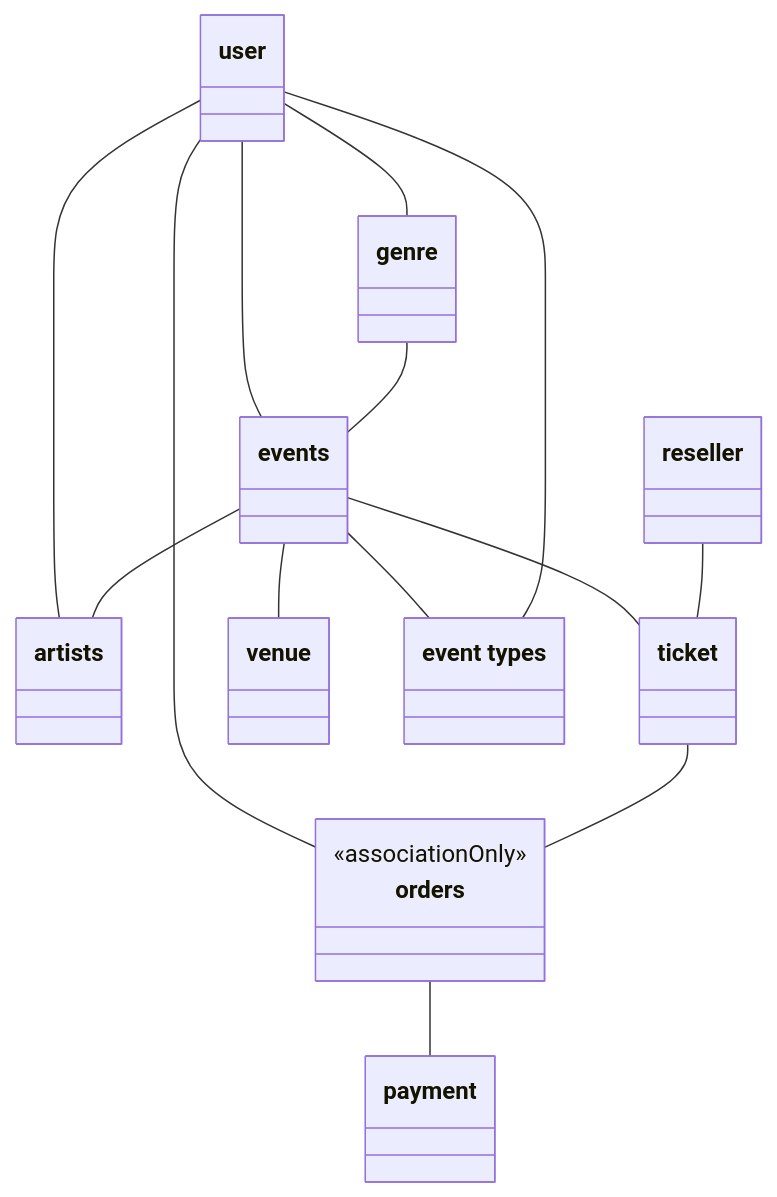
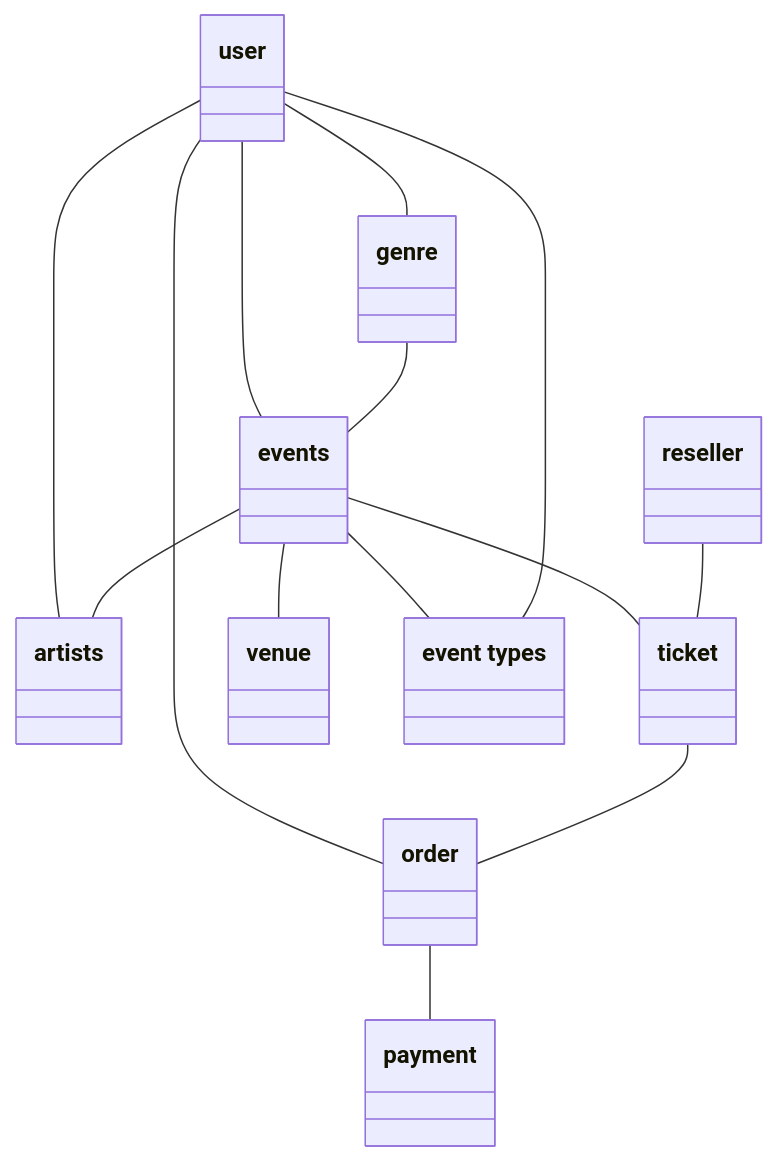
One commit to DomDeWulf/user-story-domain-model-datasets changed the diagram in 2_gold_standard_domain_models/ticket.mmd. Above: the diagram before and after it, drawn with Mermaid. The commit also changed 21 other files, not shown here.

Commit message:
Adapt domain models to revised gold and silver standard

```diff
--- a/2_gold_standard_domain_models/ticket.mmd
+++ b/2_gold_standard_domain_models/ticket.mmd
@@ -1,88 +1,84 @@
 classDiagram
     %% Project: Ticket
-    %% Class labels match Gold standard - Classes.xlsx exactly, including capitalization.
-    %% Singular/plural forms are assumed equivalent; every changed endpoint is documented below.
-    %% Every association preserves one row of Gold standard - Associations.xlsx, in workbook order.
-    %% associationOnly nodes have no matching class in the Classes Excel; exclude them from class evaluation.
+    %% Source: Gold&Silver Standard.xlsx, sheets 'Class - Gold Standard' (column I) and 'Association - Gold Standard' (columns Q:R).
+    %% Class labels match the revised class list exactly, including capitalization.
+    %% Class IDs and order follow the previous models; new classes are appended and removed classes leave ID gaps.
+    %% Workbook legend: red fill = removed, green fill = optional, blue text = added.
+    %% Removed classes and associations are omitted. Optional classes carry <<optional>>; optional associations use a dashed .. line.
+    %% Association endpoints are mapped to class labels; every changed endpoint is documented below.
     %% No direction, multiplicity, relationship labels, inheritance, attributes, or methods are inferred.
     class C001["user"]
     class C002["artists"]
     class C003["events"]
     class C004["ticket"]
     class C005["reseller"]
     class C006["payment"]
     class C007["venue"]
     class C008["genre"]
     class C009["event types"]
-    class C010["orders"]
-    <<associationOnly>> C010
+    class C010["order"]
 
-    %% Association (Classes Excel terms where available): user -- genre
-    %% Associations Excel (Sheet1!Q3:R3): user -- genre.
-    %% Wording differences: none.
+    %% Association: user -- genre
+    %% Workbook ('Association - Gold Standard'!Q3): user -- genr.
+    %% Mapping: "genr" -> "genre" (truncated stem).
     C001 -- C008
 
-    %% Association (Classes Excel terms where available): user -- event types
-    %% Associations Excel (Sheet1!Q4:R4): user -- event types.
-    %% Wording differences: none.
+    %% Association: user -- event types
+    %% Workbook ('Association - Gold Standard'!Q4): user -- event typ.
+    %% Mapping: "event typ" -> "event types" (truncated stem).
     C001 -- C009
 
-    %% Association (Classes Excel terms where available): orders -- user
-    %% Associations Excel (Sheet1!Q5:R5): orders -- user.
-    %% Wording differences: none.
-    %% Absent from Classes Excel: "orders" is associationOnly; no equivalent class identified; retained to preserve the source association.
+    %% Association: order -- user
+    %% Workbook ('Association - Gold Standard'!Q5): order -- user.
+    %% Mapping: none.
     C010 -- C001
 
-    %% Association (Classes Excel terms where available): ticket -- orders
-    %% Associations Excel (Sheet1!Q6:R6): ticket -- orders.
-    %% Wording differences: none.
-    %% Absent from Classes Excel: "orders" is associationOnly; no equivalent class identified; retained to preserve the source association.
+    %% Association: ticket -- order
+    %% Workbook ('Association - Gold Standard'!Q6): ticket -- order.
+    %% Mapping: none.
     C004 -- C010
 
-    %% Association (Classes Excel terms where available): orders -- payment
-    %% Associations Excel (Sheet1!Q7:R7): order -- payment.
-    %% Assumption: "order" -> "orders" (singular/plural forms are assumed interchangeable; neither form is in the Classes Excel; use the first source form orders as the shared associationOnly label).
-    %% Absent from Classes Excel: "orders" is associationOnly; no equivalent class identified; retained to preserve the source association.
+    %% Association: order -- payment
+    %% Workbook ('Association - Gold Standard'!Q7): order -- payment.
+    %% Mapping: none.
     C010 -- C006
 
-    %% Association (Classes Excel terms where available): events -- event types
-    %% Associations Excel (Sheet1!Q8:R8): event -- event types.
-    %% Assumption: "event" -> "events" (singular/plural forms are assumed interchangeable).
+    %% Association: events -- event types
+    %% Workbook ('Association - Gold Standard'!Q8): event -- event typ.
+    %% Mapping: "event" -> "events" (singular/plural); "event typ" -> "event types" (truncated stem).
     C003 -- C009
 
-    %% Association (Classes Excel terms where available): events -- venue
-    %% Associations Excel (Sheet1!Q9:R9): event -- venue.
-    %% Assumption: "event" -> "events" (singular/plural forms are assumed interchangeable).
+    %% Association: events -- venue
+    %% Workbook ('Association - Gold Standard'!Q9): event -- venu.
+    %% Mapping: "event" -> "events" (singular/plural); "venu" -> "venue" (truncated stem).
     C003 -- C007
 
-    %% Association (Classes Excel terms where available): events -- artists
-    %% Associations Excel (Sheet1!Q10:R10): event -- artist.
-    %% Assumption: "event" -> "events" (singular/plural forms are assumed interchangeable).
-    %% Assumption: "artist" -> "artists" (singular/plural forms are assumed interchangeable).
+    %% Association: events -- artists
+    %% Workbook ('Association - Gold Standard'!Q10): event -- artist.
+    %% Mapping: "event" -> "events" (singular/plural); "artist" -> "artists" (singular/plural).
     C003 -- C002
 
-    %% Association (Classes Excel terms where available): genre -- events
-    %% Associations Excel (Sheet1!Q11:R11): genre -- event.
-    %% Assumption: "event" -> "events" (singular/plural forms are assumed interchangeable).
+    %% Association: genre -- events
+    %% Workbook ('Association - Gold Standard'!Q11): genr -- event.
+    %% Mapping: "genr" -> "genre" (truncated stem); "event" -> "events" (singular/plural).
     C008 -- C003
 
-    %% Association (Classes Excel terms where available): artists -- user
-    %% Associations Excel (Sheet1!Q12:R12): artists -- user.
-    %% Wording differences: none.
+    %% Association: artists -- user
+    %% Workbook ('Association - Gold Standard'!Q12): artist -- user.
+    %% Mapping: "artist" -> "artists" (singular/plural).
     C002 -- C001
 
-    %% Association (Classes Excel terms where available): reseller -- ticket
-    %% Associations Excel (Sheet1!Q13:R13): resellers -- tickets.
-    %% Assumption: "resellers" -> "reseller" (singular/plural forms are assumed interchangeable).
-    %% Assumption: "tickets" -> "ticket" (singular/plural forms are assumed interchangeable).
+    %% Association: reseller -- ticket
+    %% Workbook ('Association - Gold Standard'!Q13): resel -- ticket.
+    %% Mapping: "resel" -> "reseller" (truncated stem).
     C005 -- C004
 
-    %% Association (Classes Excel terms where available): events -- ticket
-    %% Associations Excel (Sheet1!Q14:R14): events -- ticket.
-    %% Wording differences: none.
+    %% Association: events -- ticket
+    %% Workbook ('Association - Gold Standard'!Q14): event -- ticket.
+    %% Mapping: "event" -> "events" (singular/plural).
     C003 -- C004
 
-    %% Association (Classes Excel terms where available): events -- user
-    %% Associations Excel (Sheet1!Q15:R15): events -- user.
-    %% Wording differences: none.
+    %% Association: events -- user
+    %% Workbook ('Association - Gold Standard'!Q15): event -- user.
+    %% Mapping: "event" -> "events" (singular/plural).
     C003 -- C001
```
